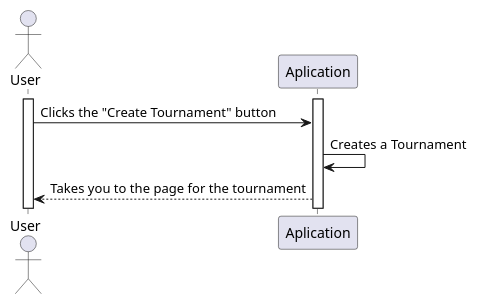
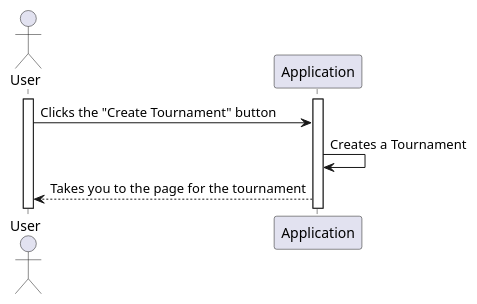
The diagram in ProjektUML/SequencediagramUserAppData/sequence_diagram_createTournament.wsd (itzMesh/DCST1008-Prosjekt), drawn with PlantUML before and after one commit. The commit also changed 17 other files, not shown here.

Commit message:
Sequence fix

```diff
--- a/ProjektUML/SequencediagramUserAppData/sequence_diagram_createTournament.wsd
+++ b/ProjektUML/SequencediagramUserAppData/sequence_diagram_createTournament.wsd
@@ -1,15 +1,15 @@
 @startuml createTournament
 
 actor User as U
-participant Aplication as A
+participant Application as A
 
 activate U
 activate A
 
 U->A: Clicks the "Create Tournament" button
 A->A: Creates a Tournament
 A-->U: Takes you to the page for the tournament
 
 
 
 @enduml
```
